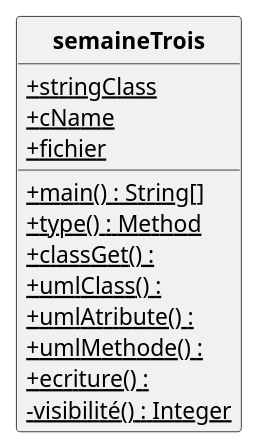
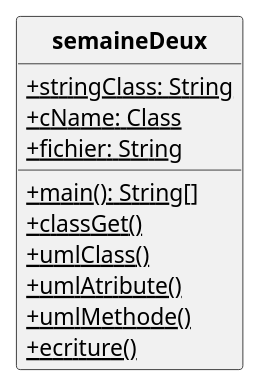
The diagram in semaine3/uml/classUML.puml (D3B1RUM4N/SAE_P21), drawn with PlantUML before and after one commit. The commit also changed 24 other files, not shown here.

```diff
--- a/semaine3/uml/classUML.puml
+++ b/semaine3/uml/classUML.puml
@@ -1,24 +1,22 @@
 @startuml
 
 'UML GENER PAR CODE :)
 
 skinparam style strictuml
 skinparam classAttributeIconSize 0
 skinparam classFontStyle Bold
 hide empty members
 
-class semaineTrois{
-+{static}stringClass
-+{static}cName
-+{static}fichier
-+{static}main() : String[] 
-+{static}type() : Method 
-+{static}classGet() : 
-+{static}umlClass() : 
-+{static}umlAtribute() : 
-+{static}umlMethode() : 
-+{static}ecriture() : 
--{static}visibilité() : Integer 
+class semaineDeux{
++{static}stringClass: String
++{static}cName: Class
++{static}fichier: String
++{static}main(): String[] 
++{static}classGet()
++{static}umlClass()
++{static}umlAtribute()
++{static}umlMethode()
++{static}ecriture()
 
 }
 @enduml
```
